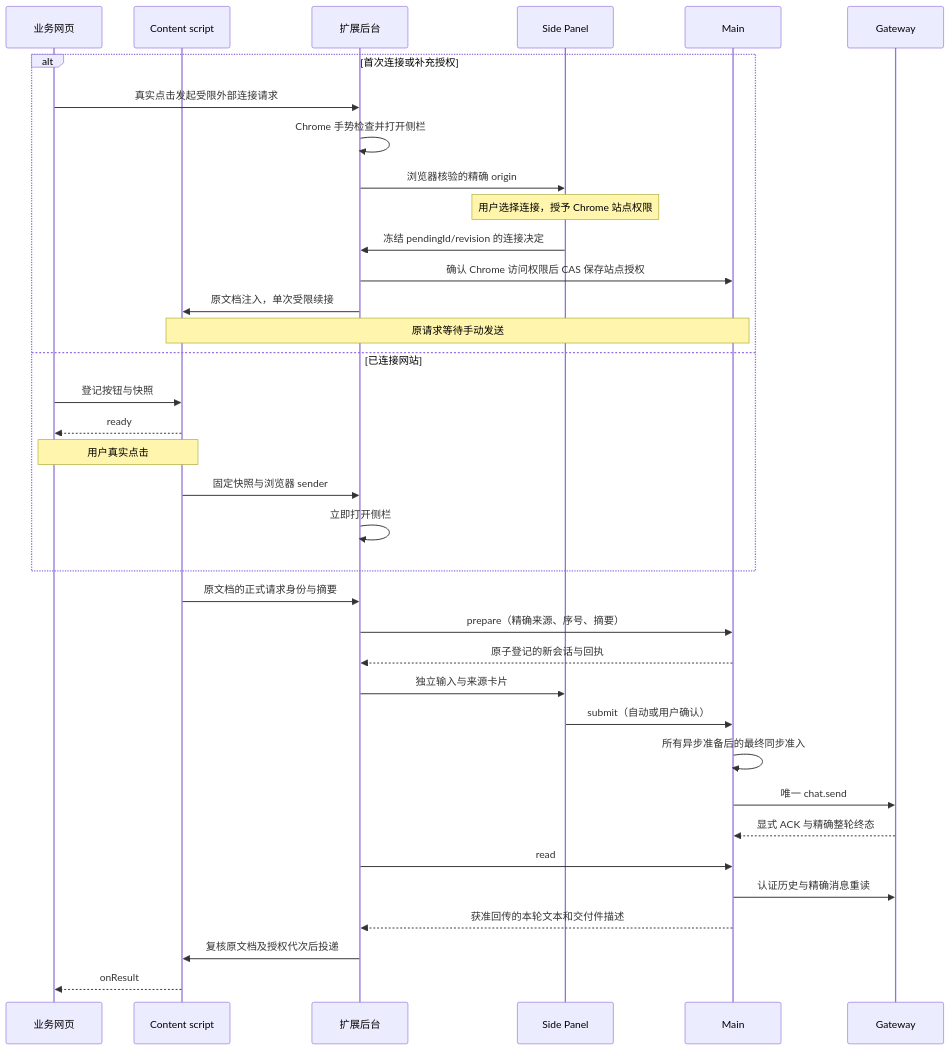
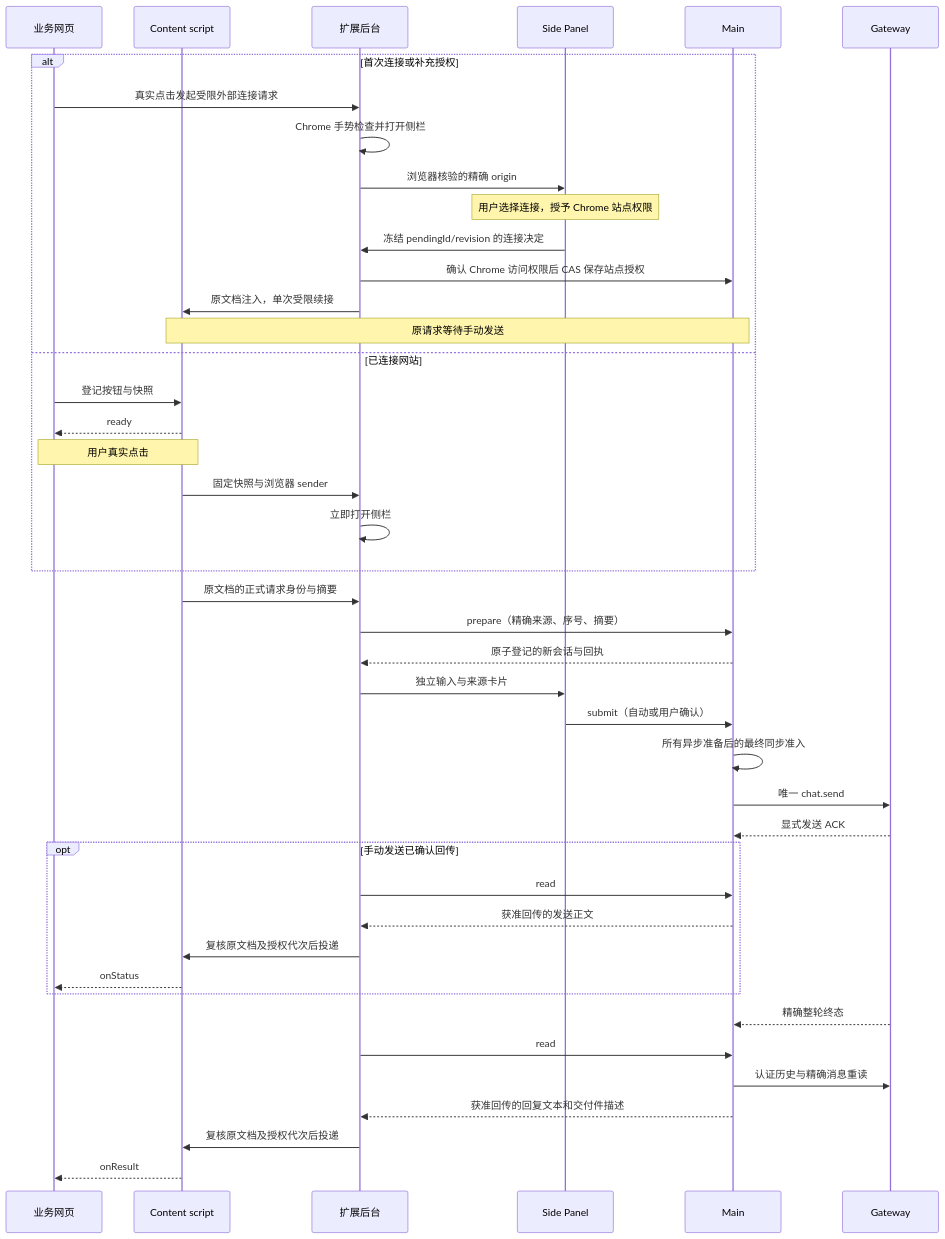
One commit to liangxhao/JustDo changed the diagram in docs/plugins/chrome-extensions/chrome-assistant/website-launch.md. Above: the diagram before and after it, drawn with Mermaid. The commit also changed other lines of this file and 30 other files, not shown here.

````diff
--- a/docs/plugins/chrome-extensions/chrome-assistant/website-launch.md
+++ b/docs/plugins/chrome-extensions/chrome-assistant/website-launch.md
@@ -95,38 +95,45 @@
 ```mermaid
 sequenceDiagram
   participant W as 业务网页
   participant C as Content script
   participant B as 扩展后台
   participant P as Side Panel
   participant M as Main
   participant G as Gateway
   alt 首次连接或补充授权
     W->>B: 真实点击发起受限外部连接请求
     B->>B: Chrome 手势检查并打开侧栏
     B->>P: 浏览器核验的精确 origin
     Note over P: 用户选择连接，授予 Chrome 站点权限
     P->>B: 冻结 pendingId/revision 的连接决定
     B->>M: 确认 Chrome 访问权限后 CAS 保存站点授权
     B->>C: 原文档注入，单次受限续接
     Note over C,M: 原请求等待手动发送
   else 已连接网站
     W->>C: 登记按钮与快照
     C-->>W: ready
     Note over W,C: 用户真实点击
     C->>B: 固定快照与浏览器 sender
     B->>B: 立即打开侧栏
   end
   C->>B: 原文档的正式请求身份与摘要
   B->>M: prepare（精确来源、序号、摘要）
   M-->>B: 原子登记的新会话与回执
   B->>P: 独立输入与来源卡片
   P->>M: submit（自动或用户确认）
   M->>M: 所有异步准备后的最终同步准入
   M->>G: 唯一 chat.send
-  G-->>M: 显式 ACK 与精确整轮终态
+  G-->>M: 显式发送 ACK
+  opt 手动发送已确认回传
+    B->>M: read
+    M-->>B: 获准回传的发送正文
+    B->>C: 复核原文档及授权代次后投递
+    C-->>W: onStatus
+  end
+  G-->>M: 精确整轮终态
   B->>M: read
   M->>G: 认证历史与精确消息重读
-  M-->>B: 获准回传的本轮文本和交付件描述
+  M-->>B: 获准回传的回复文本和交付件描述
   B->>C: 复核原文档及授权代次后投递
   C-->>W: onResult
 ```
````
